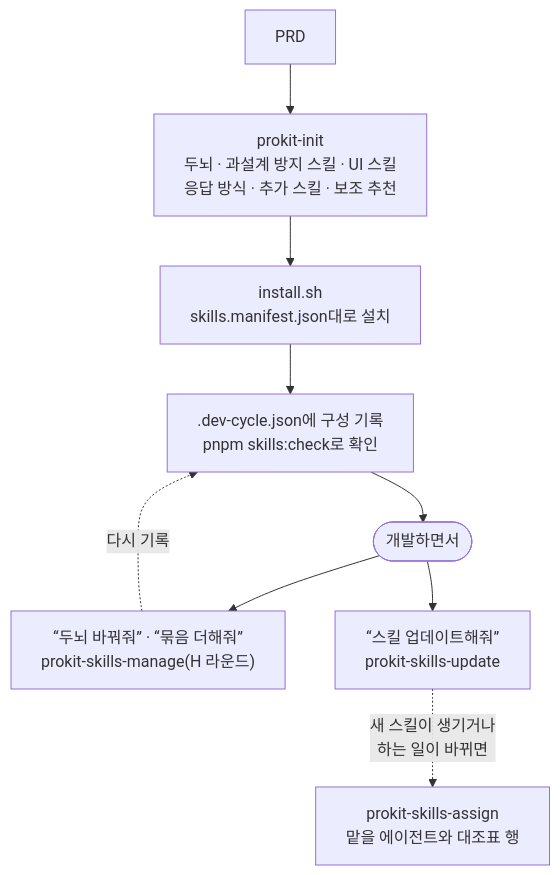
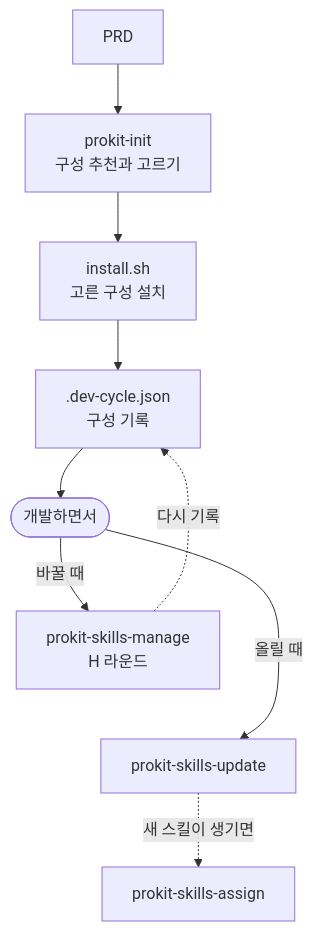
The fourth of 4 diagrams in handbook/skills/skill-map.md (roadkwon-ai/pro-kit), drawn with Mermaid before and after one commit. The commit also changed other lines of this file and 3 other files, not shown here.

````diff
--- a/handbook/skills/skill-map.md
+++ b/handbook/skills/skill-map.md
@@ -67,16 +109,19 @@
 ```mermaid
 ---
 config:
   flowchart:
-    wrappingWidth: 240
+    wrappingWidth: 200
 ---
 flowchart TB
-  PRD["PRD"] --> INIT["prokit-init<br/>두뇌 · 과설계 방지 스킬 · UI 스킬<br/>응답 방식 · 추가 스킬 · 보조 추천"]
-  INIT --> INS["install.sh<br/>skills.manifest.json대로 설치"]
-  INS --> CFG[".dev-cycle.json에 구성 기록<br/>pnpm skills:check로 확인"]
+  accTitle: 구성을 고르고 바꾸는 흐름
+  accDescr: PRD를 prokit-init이 읽어 구성을 추천하고, install.sh가 설치하고, .dev-cycle.json에 기록해요. 개발하면서 prokit-skills-manage로 바꾸면 다시 기록하고, prokit-skills-update로 올리다 새 스킬이 생기면 prokit-skills-assign이 맡을 에이전트를 정해요.
+  PRD["PRD"] --> INIT["prokit-init<br/>구성 추천과 고르기"]
+  INIT --> INS["install.sh<br/>고른 구성 설치"]
+  INS --> CFG[".dev-cycle.json<br/>구성 기록"]
   CFG --> DEV(["개발하면서"])
-  DEV --> CH["“두뇌 바꿔줘” · “묶음 더해줘”<br/>prokit-skills-manage(H 라운드)"]
-  DEV --> UP["“스킬 업데이트해줘”<br/>prokit-skills-update"]
+  DEV -->|"바꿀 때"| CH["prokit-skills-manage<br/>H 라운드"]
+  CH ~~~ UP
+  DEV -->|"올릴 때"| UP["prokit-skills-update"]
   CH -.->|"다시 기록"| CFG
-  UP -.->|"새 스킬이 생기거나<br/>하는 일이 바뀌면"| AS["prokit-skills-assign<br/>맡을 에이전트와 대조표 행"]
+  UP -.->|"새 스킬이 생기면"| AS["prokit-skills-assign"]
 ```
````
